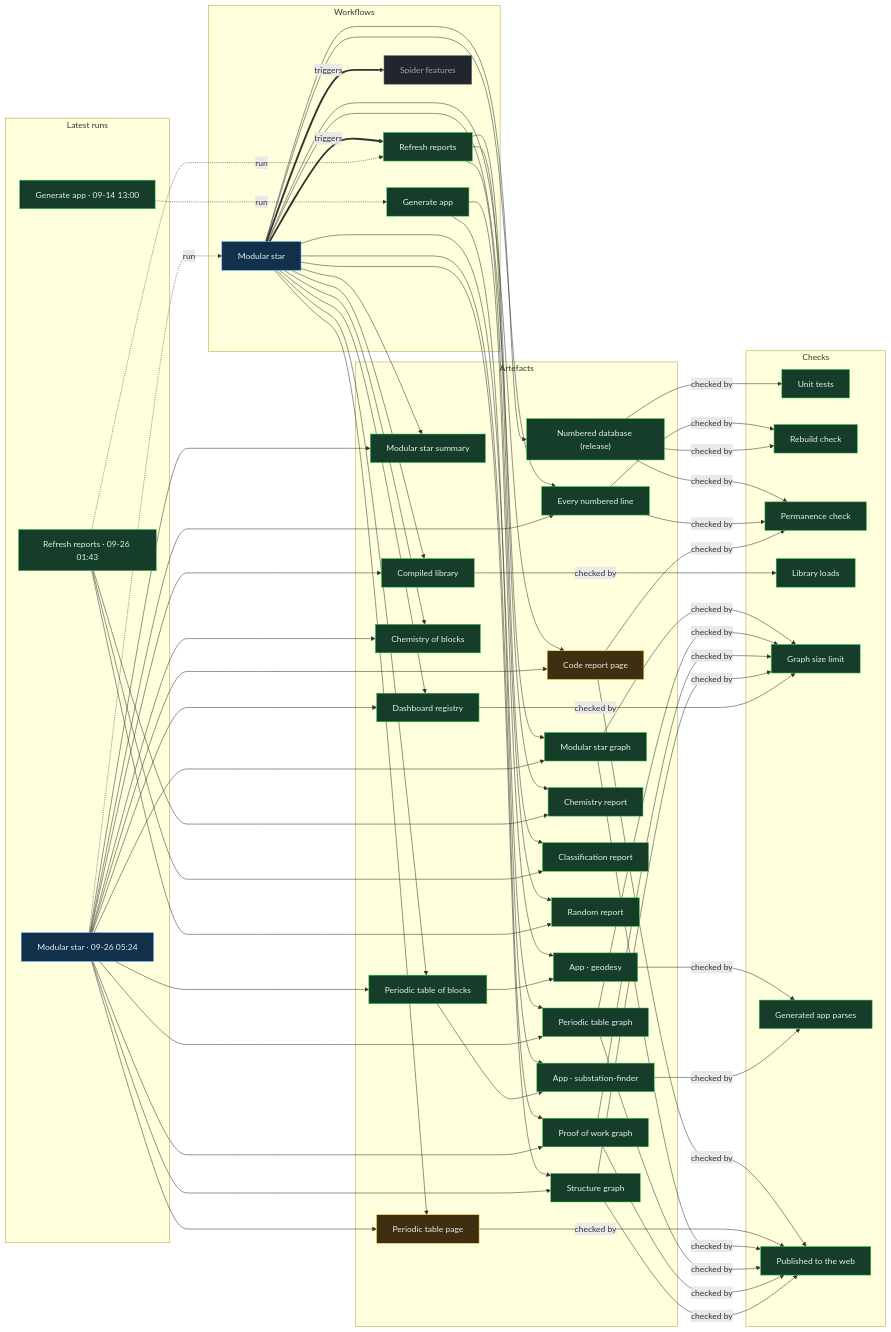
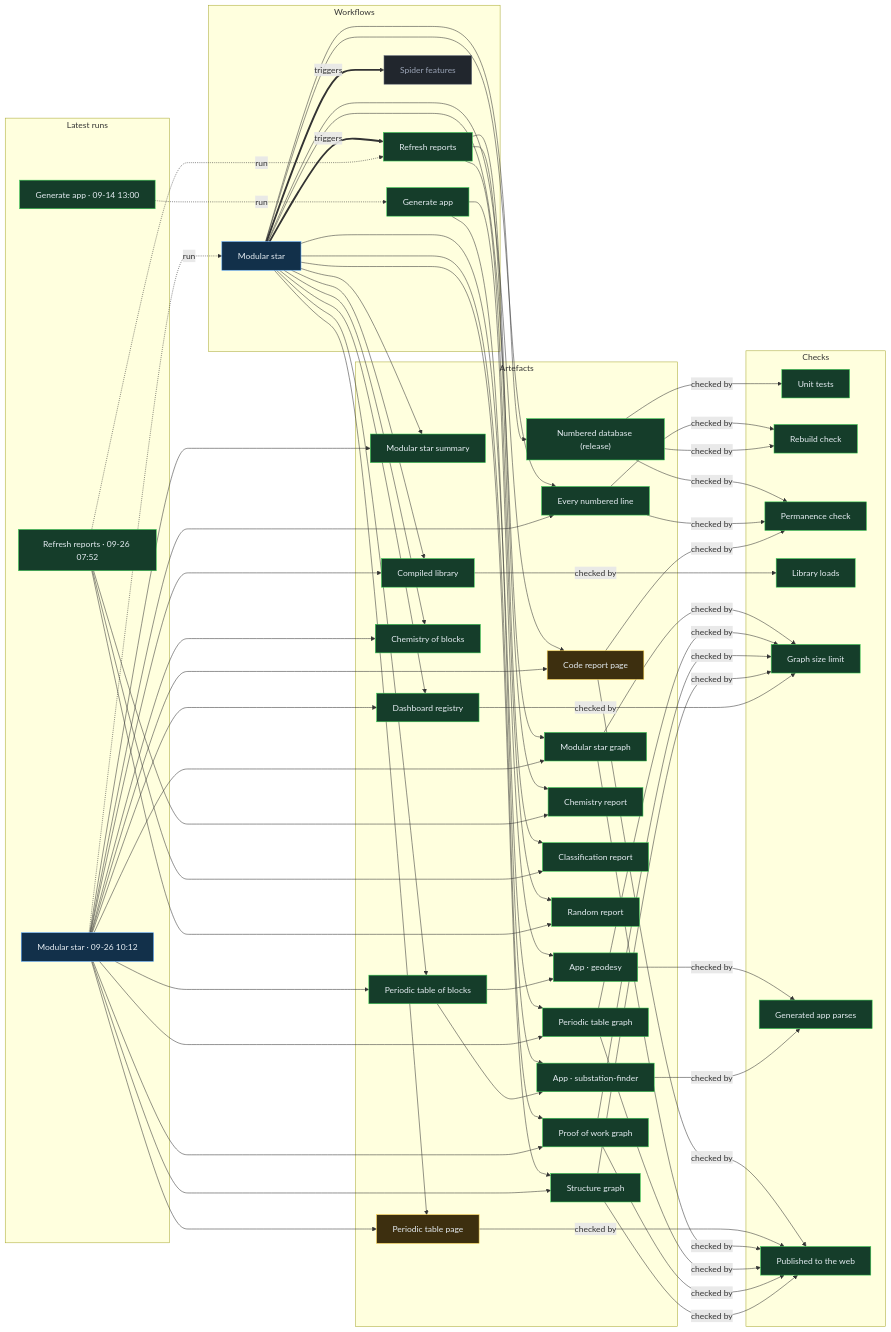
Before and after one commit to Ventusltd/stars: the diagram in proof/PROOF.md, drawn with Mermaid. The commit also changed other lines of this file and 35 other files, not shown here.

Commit message:
Modular star 2026-09-26T10:14Z

```diff
--- a/proof/PROOF.md
+++ b/proof/PROOF.md
@@ -24,8 +24,8 @@
   n_wf_spider_features["Spider features"]:::off
   end
   subgraph g_runs["Latest runs"]
-  n_run_36220700115["Modular star · 09-26 05:24"]:::live
-  n_run_36209366121["Refresh reports · 09-26 01:43"]:::ok
+  n_run_36235088633["Modular star · 09-26 10:12"]:::live
+  n_run_36228082574["Refresh reports · 09-26 07:52"]:::ok
   n_run_34846587798["Generate app · 09-14 13:00"]:::ok
   end
   subgraph g_artefacts["Artefacts"]
@@ -59,39 +59,39 @@
   end
   n_wf_modular_star == triggers ==> n_wf_refresh
   n_wf_modular_star == triggers ==> n_wf_spider_features
-  n_run_36220700115 -. run .-> n_wf_modular_star
-  n_run_36209366121 -. run .-> n_wf_refresh
+  n_run_36235088633 -. run .-> n_wf_modular_star
+  n_run_36228082574 -. run .-> n_wf_refresh
   n_run_34846587798 -. run .-> n_wf_generate
   n_wf_modular_star --> n_art_summary
-  n_run_36220700115 --> n_art_summary
+  n_run_36235088633 --> n_art_summary
   n_wf_modular_star --> n_art_lines
-  n_run_36220700115 --> n_art_lines
+  n_run_36235088633 --> n_art_lines
   n_wf_modular_star --> n_art_code
-  n_run_36220700115 --> n_art_code
+  n_run_36235088633 --> n_art_code
   n_wf_modular_star --> n_art_modular_graph
-  n_run_36220700115 --> n_art_modular_graph
+  n_run_36235088633 --> n_art_modular_graph
   n_wf_modular_star --> n_art_blocks
-  n_run_36220700115 --> n_art_blocks
+  n_run_36235088633 --> n_art_blocks
   n_wf_modular_star --> n_art_table
-  n_run_36220700115 --> n_art_table
+  n_run_36235088633 --> n_art_table
   n_wf_modular_star --> n_art_blocks_graph
-  n_run_36220700115 --> n_art_blocks_graph
+  n_run_36235088633 --> n_art_blocks_graph
   n_wf_modular_star --> n_art_reactions
-  n_run_36220700115 --> n_art_reactions
+  n_run_36235088633 --> n_art_reactions
   n_wf_modular_star --> n_art_library
-  n_run_36220700115 --> n_art_library
+  n_run_36235088633 --> n_art_library
   n_wf_modular_star --> n_art_features
-  n_run_36220700115 --> n_art_features
+  n_run_36235088633 --> n_art_features
   n_wf_modular_star --> n_art_proof
-  n_run_36220700115 --> n_art_proof
+  n_run_36235088633 --> n_art_proof
   n_wf_modular_star --> n_art_structure
-  n_run_36220700115 --> n_art_structure
+  n_run_36235088633 --> n_art_structure
   n_wf_refresh --> n_art_chemistry
-  n_run_36209366121 --> n_art_chemistry
+  n_run_36228082574 --> n_art_chemistry
   n_wf_refresh --> n_art_vedic
-  n_run_36209366121 --> n_art_vedic
+  n_run_36228082574 --> n_art_vedic
   n_wf_refresh --> n_art_random
-  n_run_36209366121 --> n_art_random
+  n_run_36228082574 --> n_art_random
   n_wf_modular_star --> n_art_release
   n_wf_generate --> n_app_geodesy
   n_art_blocks --> n_app_geodesy
```
